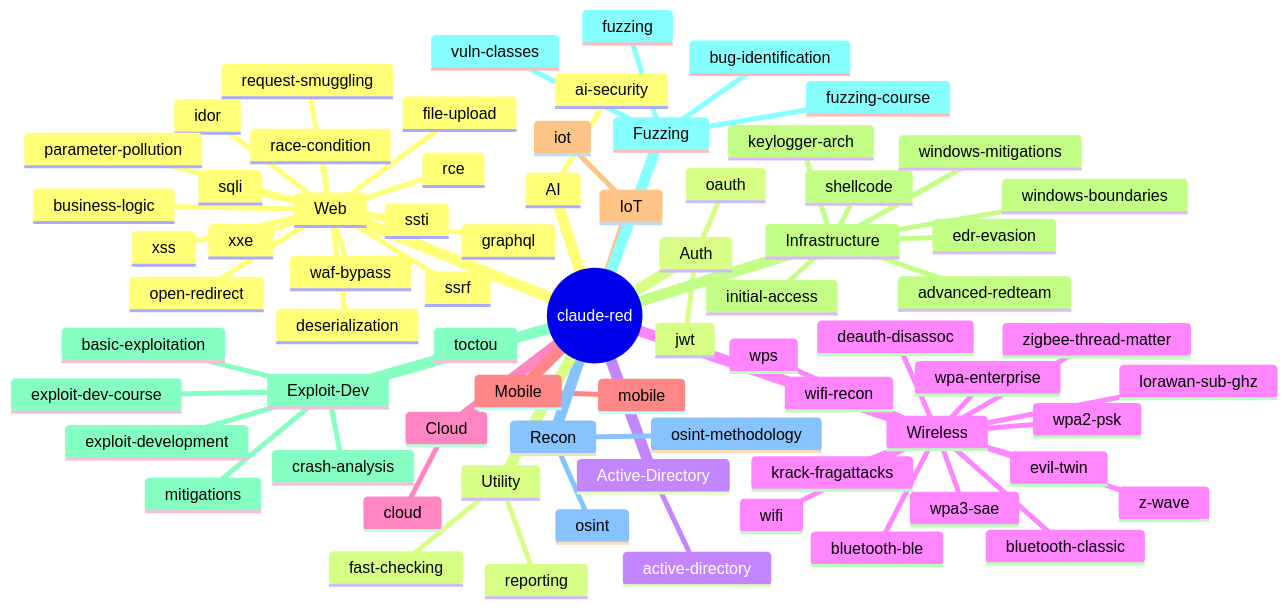
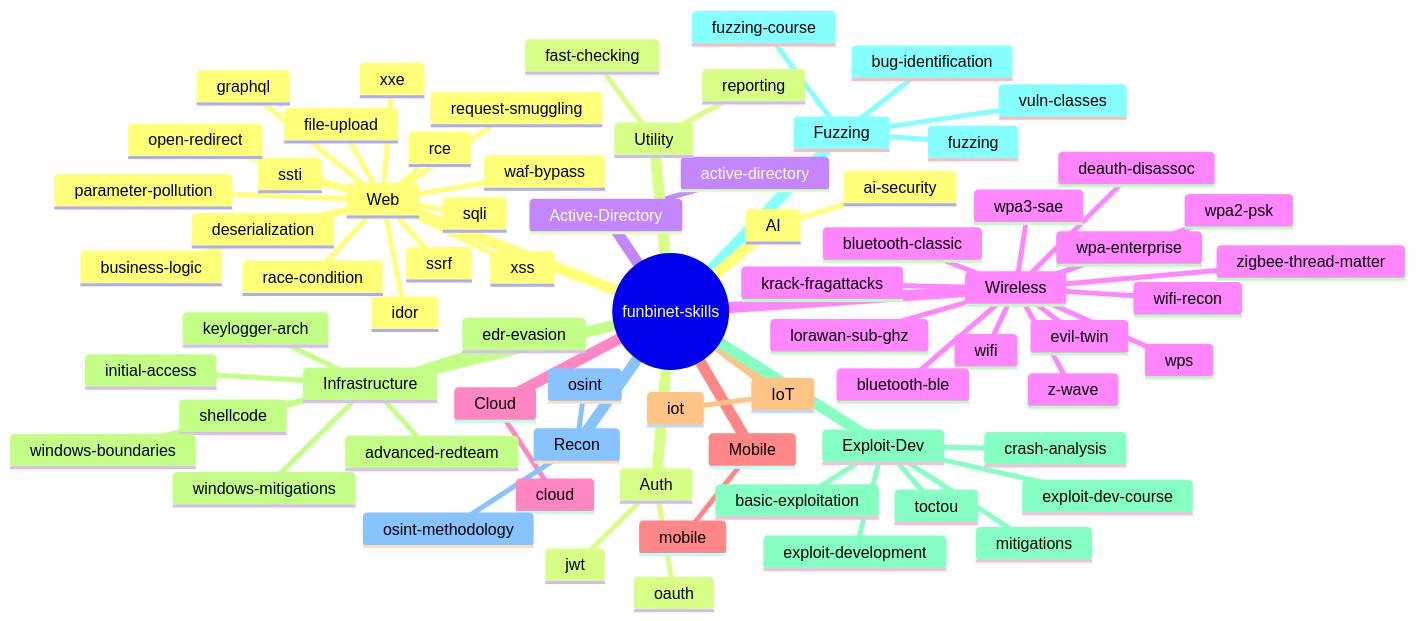
The diagram in MINDMAP.md (Funbinet-Inc/skill1), drawn with Mermaid before and after one commit. The commit also changed other lines of this file and 59 other files, not shown here.

Commit message:
Rebrand to funbinet-skills, strip old repo references, multi-platform installer

````diff
--- a/MINDMAP.md
+++ b/MINDMAP.md
@@ -11,75 +11,75 @@
 ```mermaid
 mindmap
-  root((claude-red))
+  root((funbinet-skills))
     Web
       sqli
       xss
       ssrf
       ssti
       xxe
       idor
       file-upload
       rce
       deserialization
       race-condition
       request-smuggling
       open-redirect
       parameter-pollution
       graphql
       waf-bypass
       business-logic
     Auth
       jwt
       oauth
     Active-Directory
       active-directory
     Wireless
       wifi
       wifi-recon
       wpa2-psk
       wpa3-sae
       wpa-enterprise
       wps
       evil-twin
       krack-fragattacks
       deauth-disassoc
       bluetooth-ble
       bluetooth-classic
       zigbee-thread-matter
       z-wave
       lorawan-sub-ghz
     Cloud
       cloud
     Mobile
       mobile
     IoT
       iot
     Infrastructure
       initial-access
       advanced-redteam
       edr-evasion
       shellcode
       keylogger-arch
       windows-mitigations
       windows-boundaries
     Exploit-Dev
       exploit-development
       exploit-dev-course
       basic-exploitation
       crash-analysis
       mitigations
       toctou
     Fuzzing
       fuzzing
       fuzzing-course
       bug-identification
       vuln-classes
     Recon
       osint
       osint-methodology
     AI
       ai-security
     Utility
       fast-checking
       reporting
 ```
````
